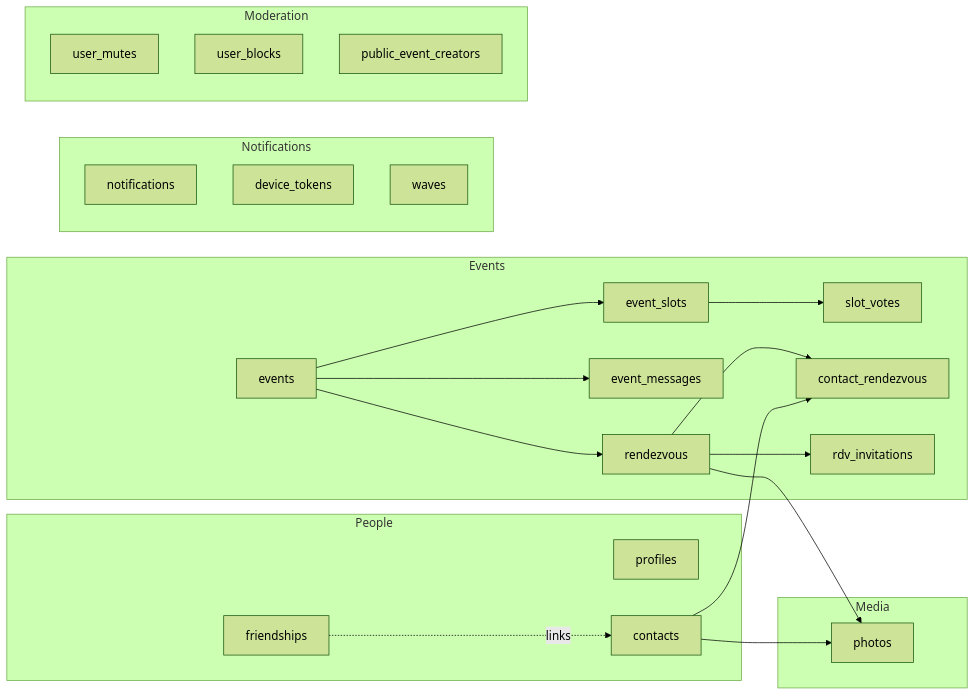
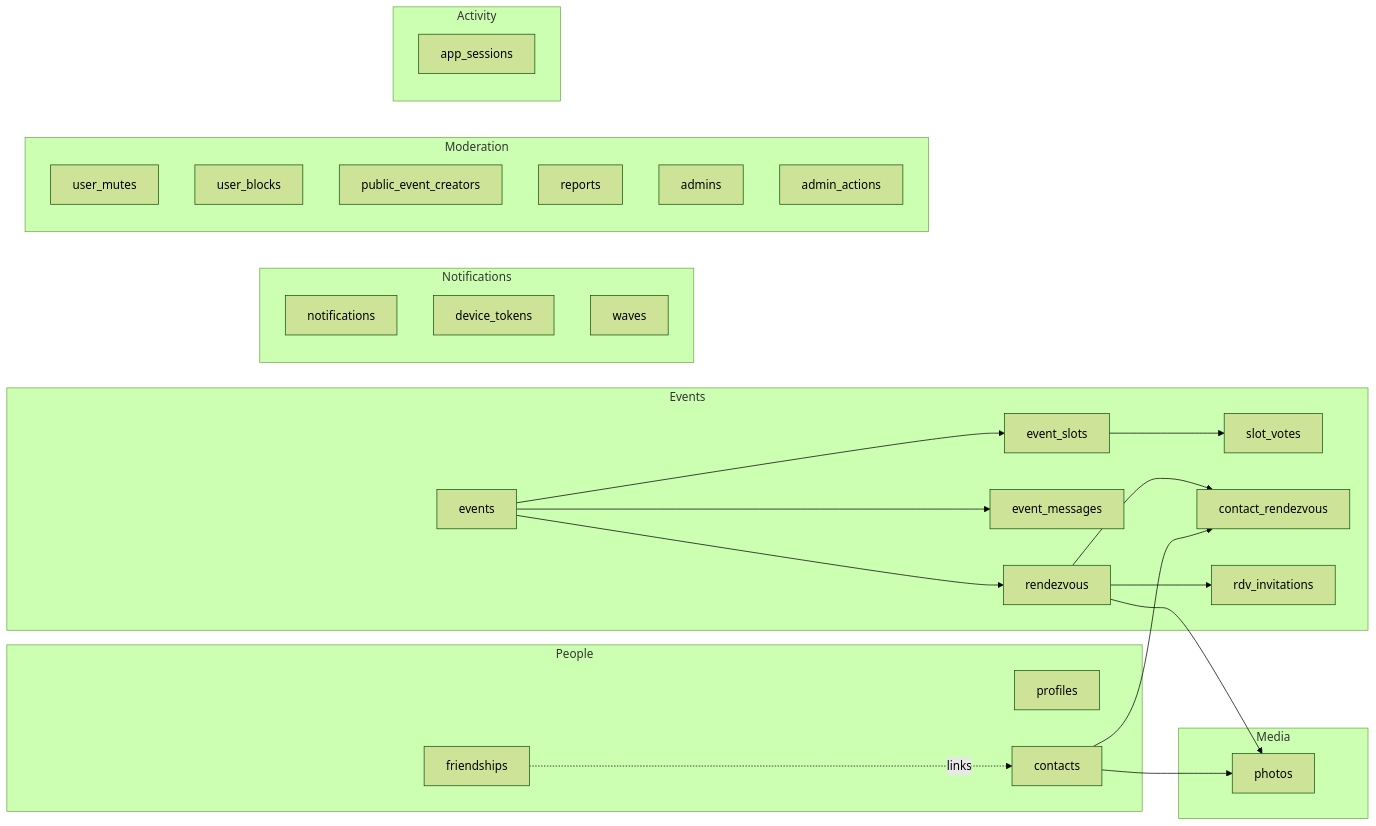
The first of 7 diagrams in docs/DATABASE.md (Cocsleboss/seeyourb), drawn with Mermaid (forest theme) before and after one commit. The commit also changed other lines of this file and 4 other files, not shown here.

````diff
--- a/docs/DATABASE.md
+++ b/docs/DATABASE.md
@@ -31,32 +34,38 @@
 ```mermaid
 flowchart LR
   subgraph People
     profiles
     friendships
     contacts
   end
   subgraph Events
     events --> event_slots --> slot_votes
     events --> event_messages
     events --> rendezvous
     rendezvous --> contact_rendezvous
     rendezvous --> rdv_invitations
   end
   subgraph Media
     photos
   end
   subgraph Notify[Notifications]
     notifications
     device_tokens
     waves
   end
   subgraph Moderation
     user_mutes
     user_blocks
     public_event_creators
+    reports
+    admins
+    admin_actions
+  end
+  subgraph Activity
+    app_sessions
   end
   contacts --> contact_rendezvous
   contacts --> photos
   rendezvous --> photos
   friendships -. links .-> contacts
 ```
````
